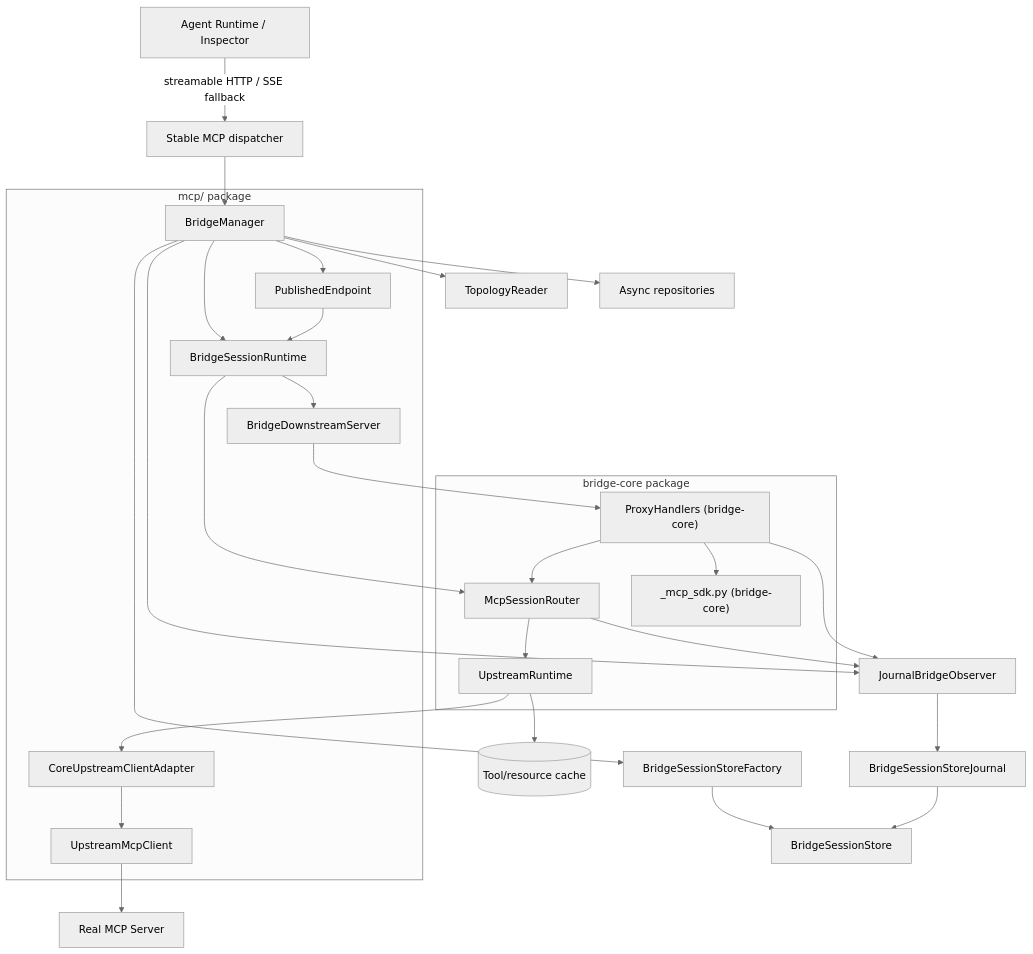
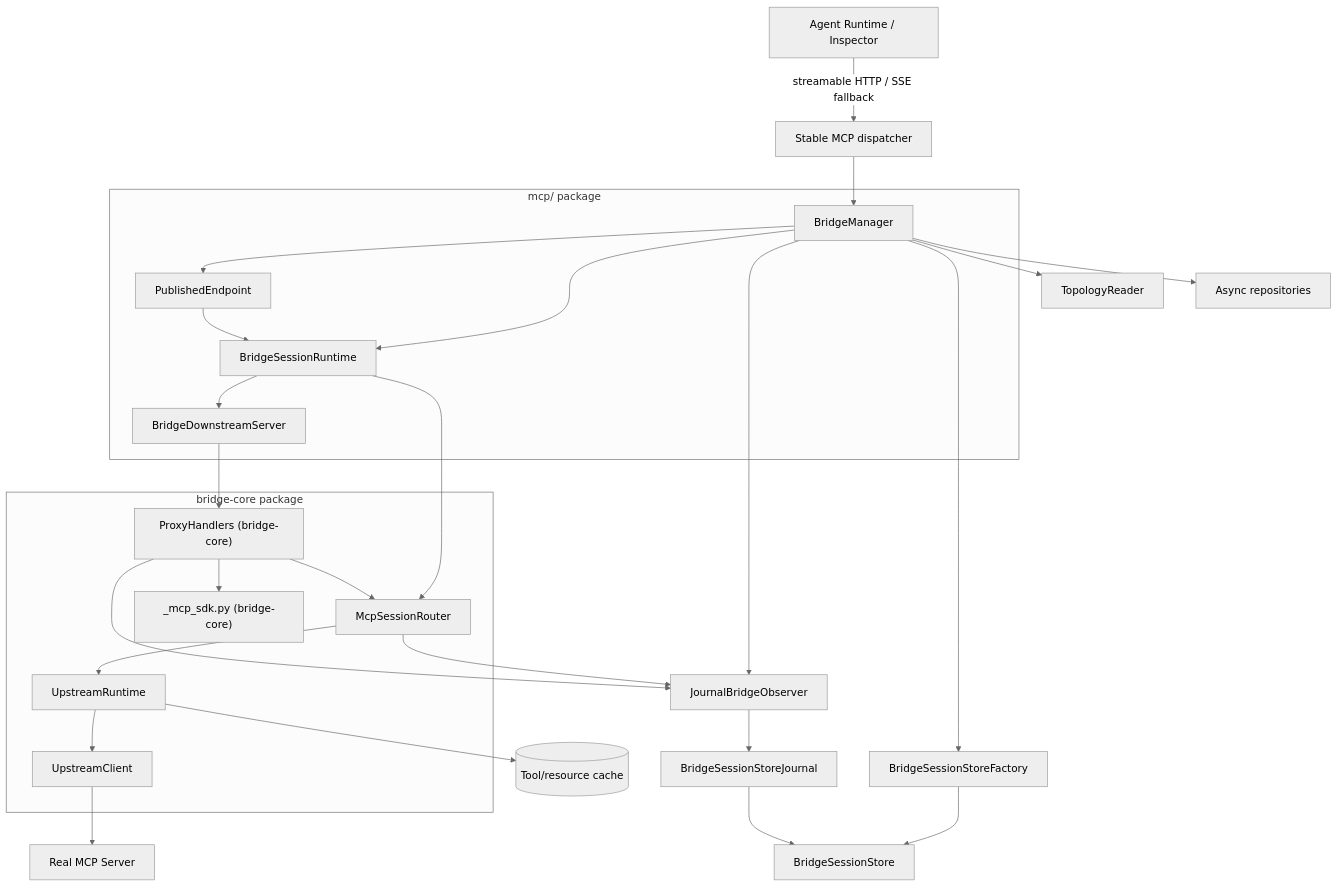
The second of 4 diagrams in docs/architecture/mcp-layer.md (JilongSun/mcpapps-bridge), drawn with Mermaid (neutral theme) before and after one commit. The commit also changed other lines of this file and 16 other files, not shown here.

Commit message:
refactor(core): move upstream MCP connectors into bridge core

````diff
--- a/docs/architecture/mcp-layer.md
+++ b/docs/architecture/mcp-layer.md
@@ -41,44 +39,42 @@
 ```mermaid
 flowchart TD
     Client["Agent Runtime / Inspector"] --> |"streamable HTTP / SSE fallback"| API["Stable MCP dispatcher"]
     API --> Manager["BridgeManager"]
     Manager --> Topology["TopologyReader"]
     Manager --> Endpoint["PublishedEndpoint"]
     Manager --> Repositories["Async repositories"]
     Manager --> Factory["BridgeSessionStoreFactory"]
     Manager --> SessionRuntime["BridgeSessionRuntime"]
     Endpoint --> SessionRuntime
     SessionRuntime --> Downstream["BridgeDownstreamServer"]
     Downstream --> Handlers["ProxyHandlers (bridge-core)"]
     SessionRuntime --> Router["McpSessionRouter"]
     Handlers --> Router
     Router --> Runtime["UpstreamRuntime"]
-    Runtime --> Adapter["CoreUpstreamClientAdapter"]
-    Adapter --> Upstream["UpstreamMcpClient"]
+    Runtime --> Upstream["UpstreamClient"]
     Upstream --> Real["Real MCP Server"]
 
     Factory --> Store["BridgeSessionStore"]
     Manager --> Observer["JournalBridgeObserver"]
     Router --> Observer
     Handlers --> Observer
     Observer --> Journal["BridgeSessionStoreJournal"]
     Journal --> Store
     Runtime --> Cache[("Tool/resource cache")]
     Handlers --> Mapper["_mcp_sdk.py (bridge-core)"]
 
     subgraph "mcp/ package"
         Manager
         Endpoint
         SessionRuntime
         Downstream
-        Adapter
-        Upstream
     end
 
     subgraph "bridge-core package"
         Handlers
         Mapper
         Router
         Runtime
+        Upstream
     end
 ```
````
